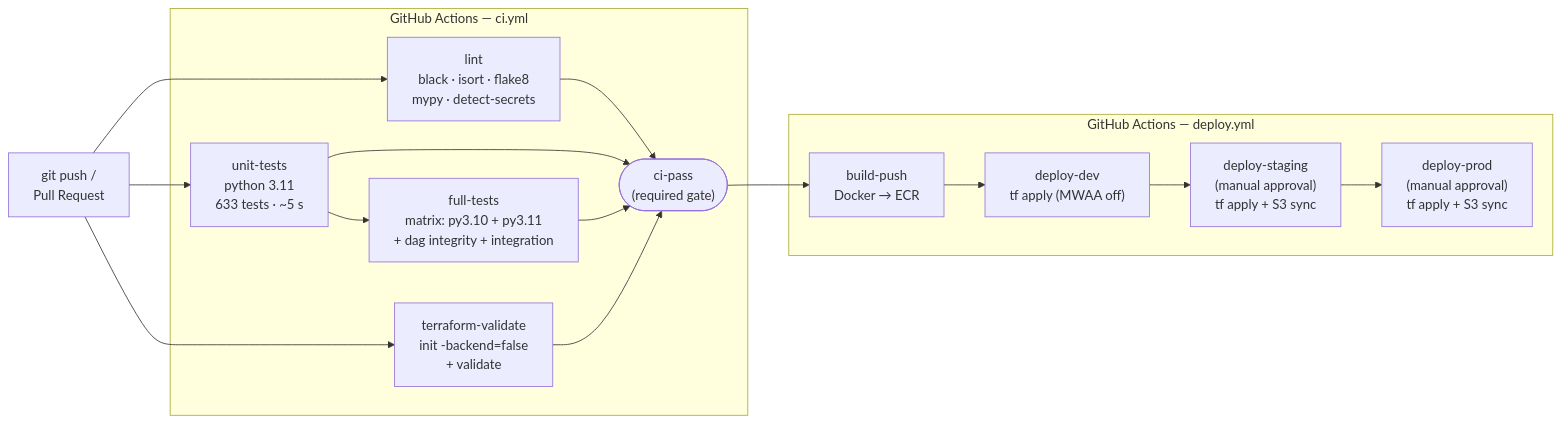
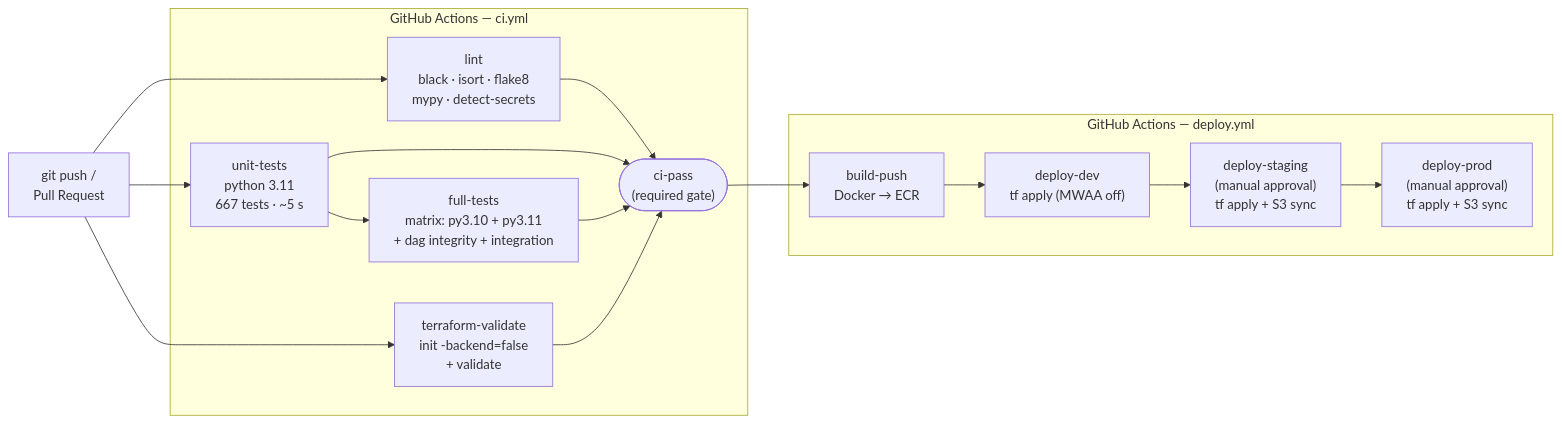
Before and after one commit to lehcimhdz/global-trade-aws: the third of 3 diagrams in README.md, drawn with Mermaid. The commit also changed other lines of this file and 3 other files, not shown here.

````diff
--- a/README.md
+++ b/README.md
@@ -600,24 +600,24 @@
 ```mermaid
 flowchart LR
     Push["git push /\nPull Request"]
 
     subgraph CI ["GitHub Actions — ci.yml"]
         L["lint\nblack · isort · flake8\nmypy · detect-secrets"]
-        U["unit-tests\npython 3.11\n633 tests · ~5 s"]
+        U["unit-tests\npython 3.11\n667 tests · ~5 s"]
         F["full-tests\nmatrix: py3.10 + py3.11\n+ dag integrity + integration"]
         T["terraform-validate\ninit -backend=false\n+ validate"]
         G(["ci-pass\n(required gate)"])
     end
 
     subgraph CD ["GitHub Actions — deploy.yml"]
         B["build-push\nDocker → ECR"]
         D["deploy-dev\ntf apply (MWAA off)"]
         S["deploy-staging\n(manual approval)\ntf apply + S3 sync"]
         P["deploy-prod\n(manual approval)\ntf apply + S3 sync"]
     end
 
     Push --> L & U & T
     L & U & T --> G
     U --> F --> G
     G --> B --> D --> S --> P
 ```
````
